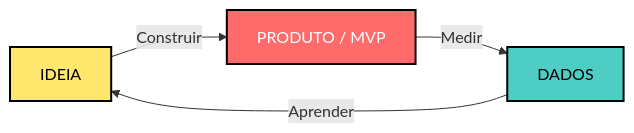
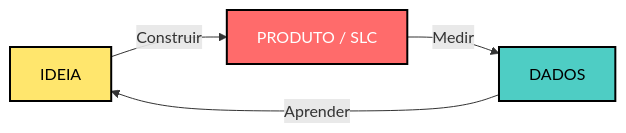
The first of 7 diagrams in StartupRush/Metodologia/Diagramas Visuais.md (Boa-Thomas/StartupRush), drawn with Mermaid before and after one commit. The commit also changed other lines of this file and 33 other files, not shown here.

First line of the commit message:
refactor: replace MVP with SLC across all active methodology notes

````diff
--- a/StartupRush/Metodologia/Diagramas Visuais.md
+++ b/StartupRush/Metodologia/Diagramas Visuais.md
@@ -23,10 +23,10 @@
 ```mermaid
 flowchart LR
-    A[IDEIA] -->|Construir| B[PRODUTO / MVP]
+    A[IDEIA] -->|Construir| B[PRODUTO / SLC]
     B -->|Medir| C[DADOS]
     C -->|Aprender| A
     
     style A fill:#FFE66D,stroke:#000,stroke-width:2px,color:#000
     style B fill:#FF6B6B,stroke:#000,stroke-width:2px,color:#fff
     style C fill:#4ECDC4,stroke:#000,stroke-width:2px,color:#000
 ```
````
